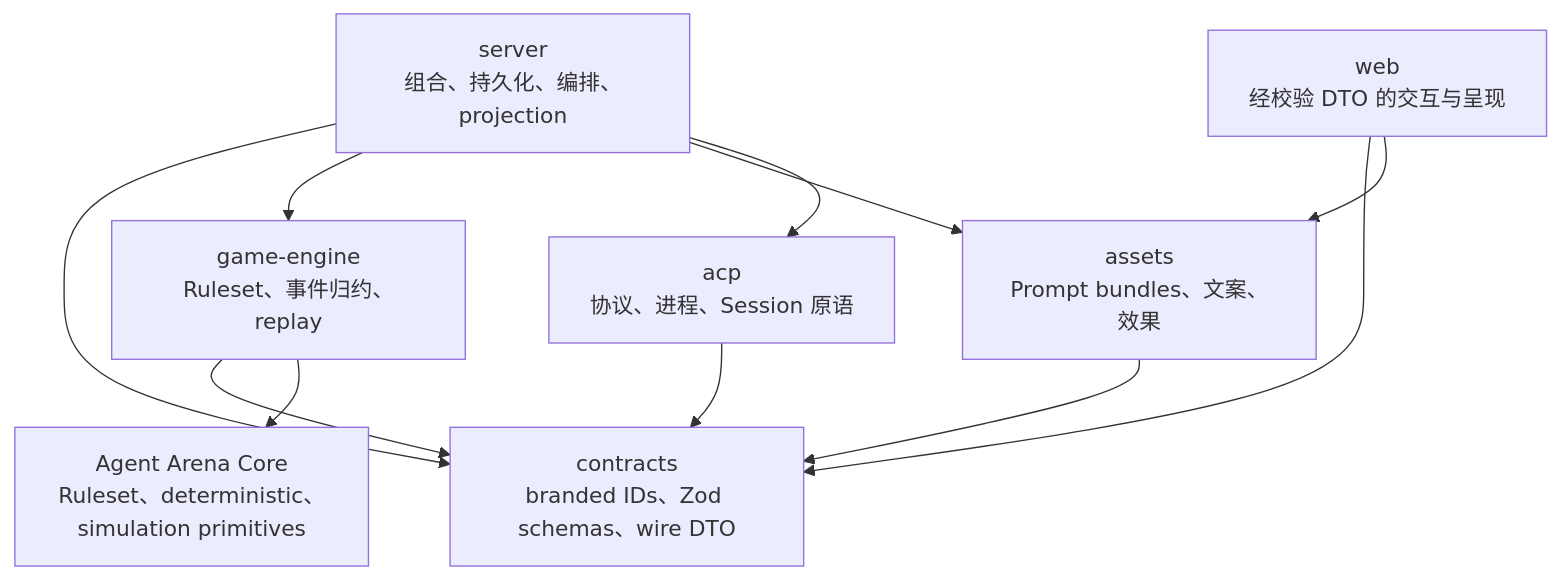
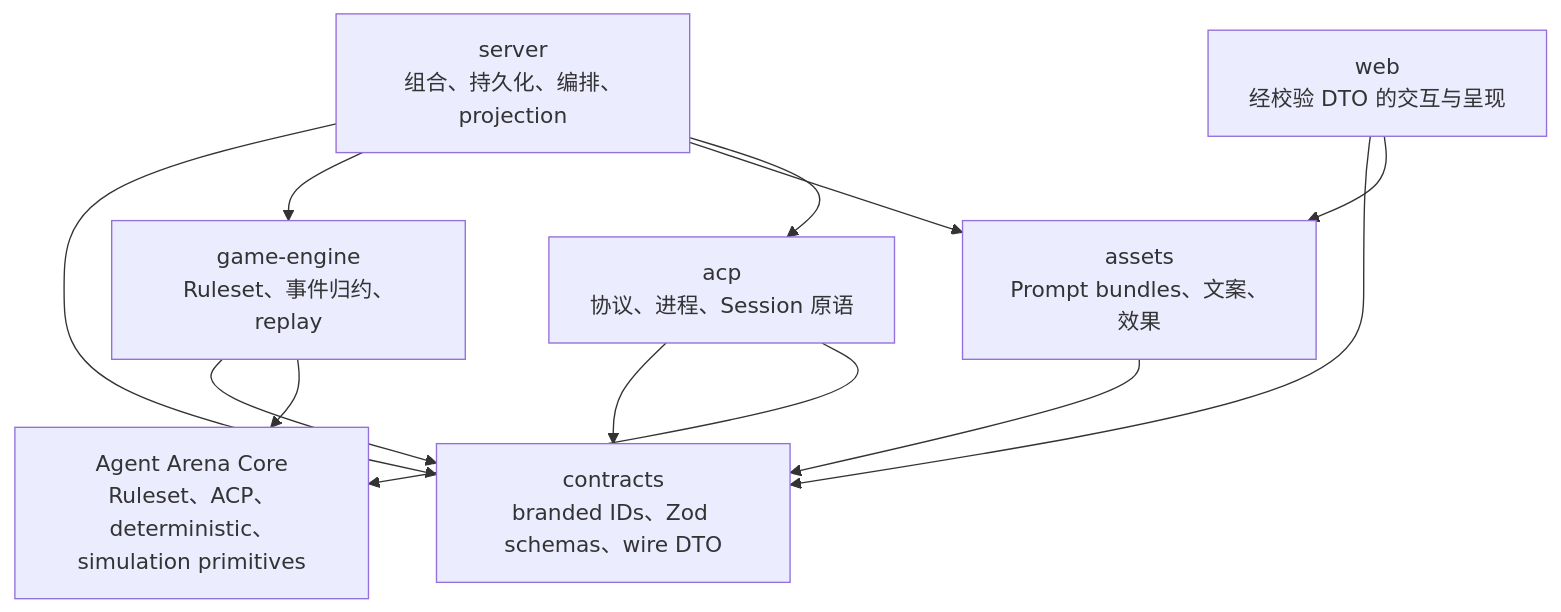
One commit to renewboy/agentwolf changed the second of 3 diagrams in docs/architecture.md. Above: the diagram before and after it, drawn with Mermaid. The commit also changed other lines of this file and 17 other files, not shown here.

Commit message:
refactor: consume agent arena acp runtime

````diff
--- a/docs/architecture.md
+++ b/docs/architecture.md
@@ -73,21 +73,22 @@
 ```mermaid
 flowchart TB
-    Core["Agent Arena Core<br/>Ruleset、deterministic、simulation primitives"]
+    Core["Agent Arena Core<br/>Ruleset、ACP、deterministic、simulation primitives"]
     Contracts["contracts<br/>branded IDs、Zod schemas、wire DTO"]
     Engine["game-engine<br/>Ruleset、事件归约、replay"]
     Assets["assets<br/>Prompt bundles、文案、效果"]
     ACP["acp<br/>协议、进程、Session 原语"]
     Server["server<br/>组合、持久化、编排、projection"]
     Web["web<br/>经校验 DTO 的交互与呈现"]
 
     Engine --> Contracts
     Engine --> Core
     Assets --> Contracts
     ACP --> Contracts
+    ACP --> Core
     Server --> Contracts
     Server --> Engine
     Server --> Assets
     Server --> ACP
     Web --> Contracts
     Web --> Assets
 ```
````
